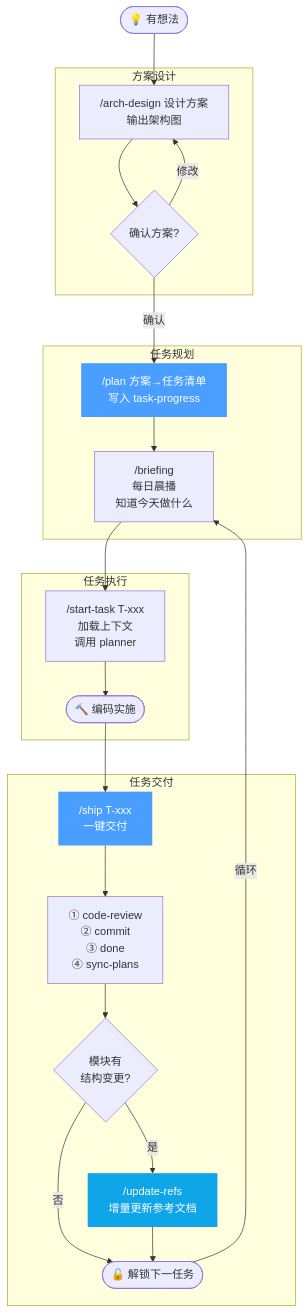
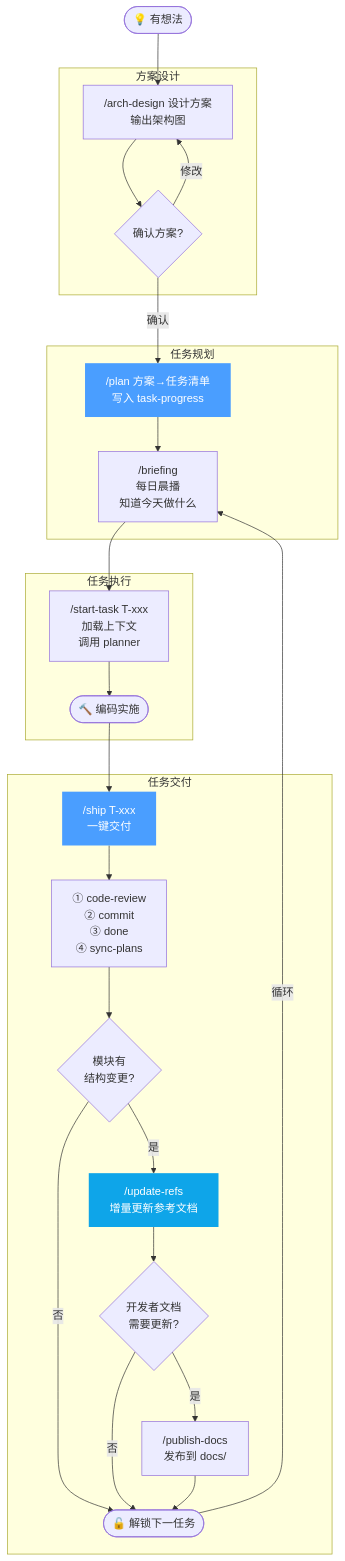
One commit to Kucell/cortex-agent changed the diagram in docs/workflows.md. Above: the diagram before and after it, drawn with Mermaid. The commit also changed other lines of this file and 12 other files, not shown here.

````diff
--- a/docs/workflows.md
+++ b/docs/workflows.md
@@ -9,34 +9,37 @@
 ```mermaid
 flowchart
     A([💡 有想法]) --> B
 
     subgraph 方案设计
         B["/arch-design 设计方案<br>输出架构图"] --> C{确认方案?}
         C -->|修改| B
     end
 
     subgraph 任务规划
         C -->|确认| D["/plan 方案→任务清单<br>写入 task-progress"]
         D --> E["/briefing<br>每日晨播<br>知道今天做什么"]
     end
 
     subgraph 任务执行
         E --> F["/start-task T-xxx<br>加载上下文<br>调用 planner"]
         F --> G([🔨 编码实施])
     end
 
     subgraph 任务交付
         G --> H["/ship T-xxx<br>一键交付"]
         H --> I["① code-review<br>② commit<br>③ done<br>④ sync-plans"]
         I --> K{模块有<br>结构变更?}
         K -->|是| L["/update-refs<br>增量更新参考文档"]
         K -->|否| J
-        L --> J([🔓 解锁下一任务])
+        L --> M{开发者文档<br>需要更新?}
+        M -->|是| N["/publish-docs<br>发布到 docs/"]
+        M -->|否| J
+        N --> J([🔓 解锁下一任务])
     end
 
     J -->|循环| E
 
     style D fill:#4a9eff,color:#fff,stroke:none
     style H fill:#4a9eff,color:#fff,stroke:none
     style L fill:#0ea5e9,color:#fff,stroke:none
 ```
````
